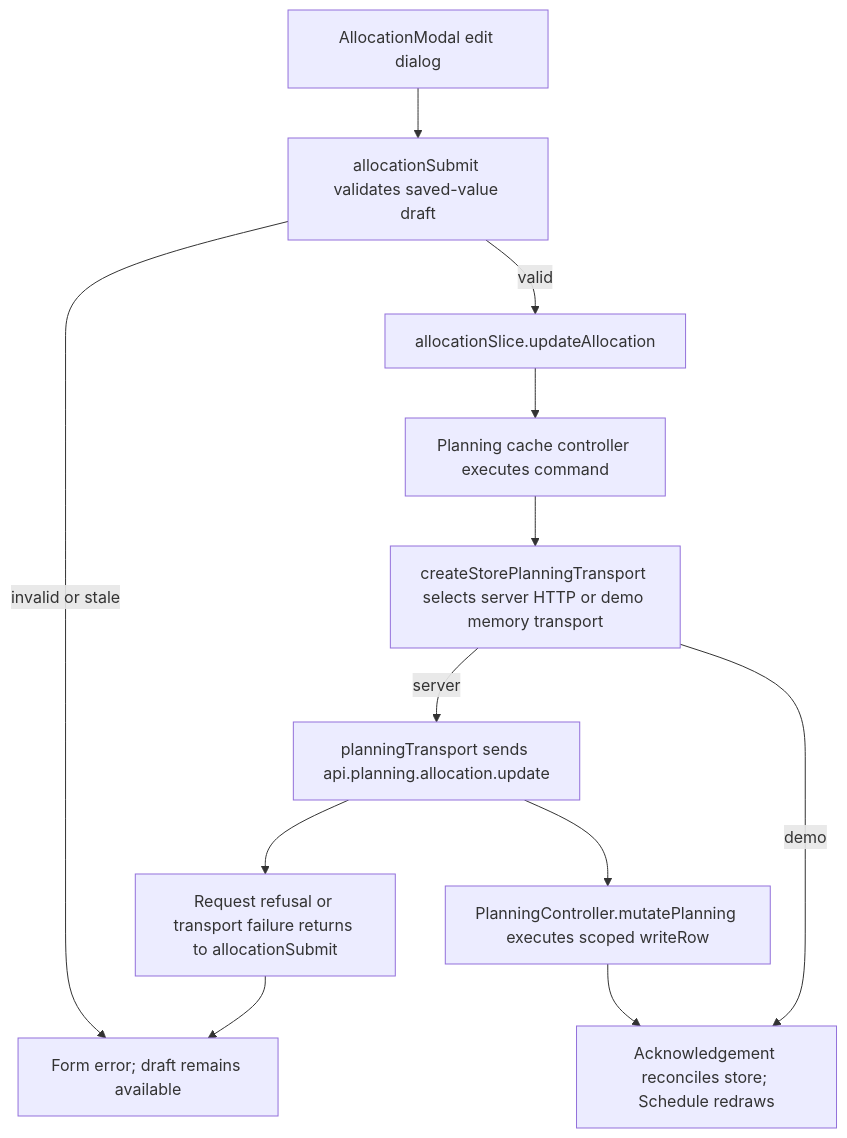
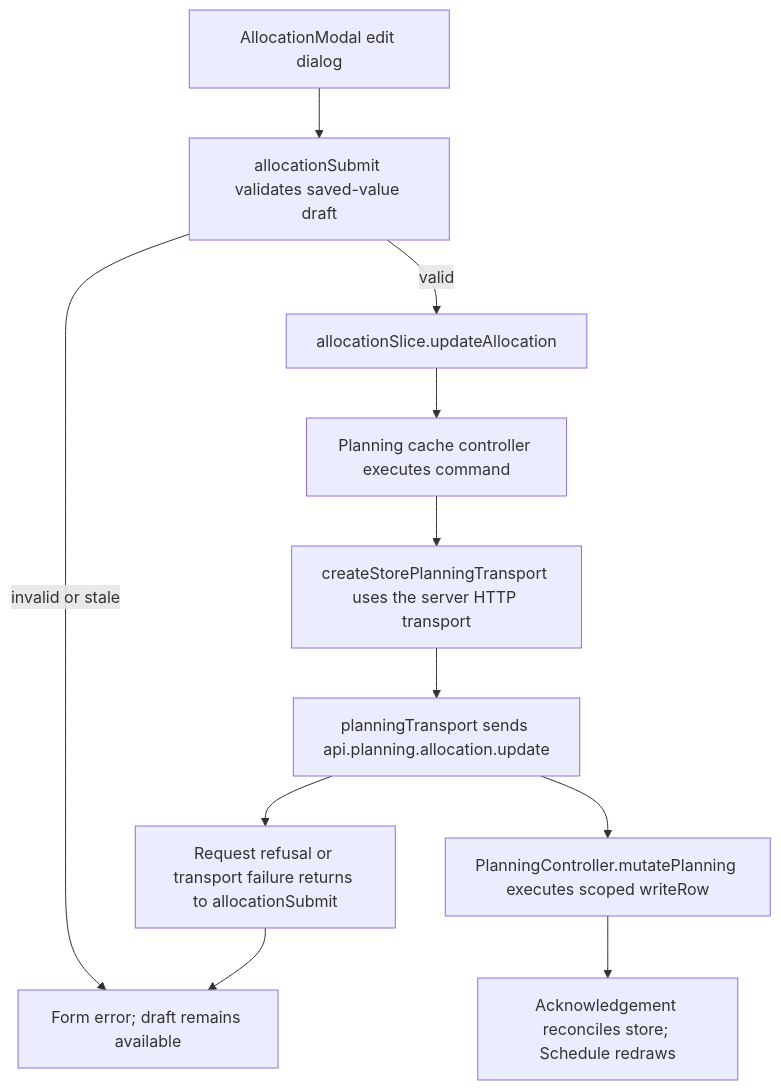
Before and after one commit to Kevinjohn/capacitylens: the second of 2 diagrams in user-stories/allocation/US-ALL-02-edit.md, drawn with Mermaid. The commit also changed other lines of this file and 343 other files, not shown here.

Commit message:
feat: use server-owned company planning and a disposable development demo

````diff
--- a/user-stories/allocation/US-ALL-02-edit.md
+++ b/user-stories/allocation/US-ALL-02-edit.md
@@ -51,14 +51,13 @@
 ```mermaid
 flowchart TD
   A["AllocationModal edit dialog"] --> B["allocationSubmit validates saved-value draft"]
   B -->|valid| C["allocationSlice.updateAllocation"]
   B -->|invalid or stale| I["Form error; saved row remains"]
   C --> D["Planning cache controller executes command"]
-  D --> E["createStorePlanningTransport selects server HTTP or demo memory transport"]
-  E -->|server| F["planningTransport sends api.planning.allocation.update"]
+  D --> E["createStorePlanningTransport uses the server HTTP transport"]
+  E --> F["planningTransport sends api.planning.allocation.update"]
   F --> J["Request refusal or transport failure returns to allocationSubmit"]
   J --> I["Form error; draft remains available"]
   F --> G["PlanningController.mutatePlanning executes scoped writeRow"]
   G --> H["Acknowledgement reconciles store; Schedule redraws"]
-  E -->|demo| H
 ```
````
